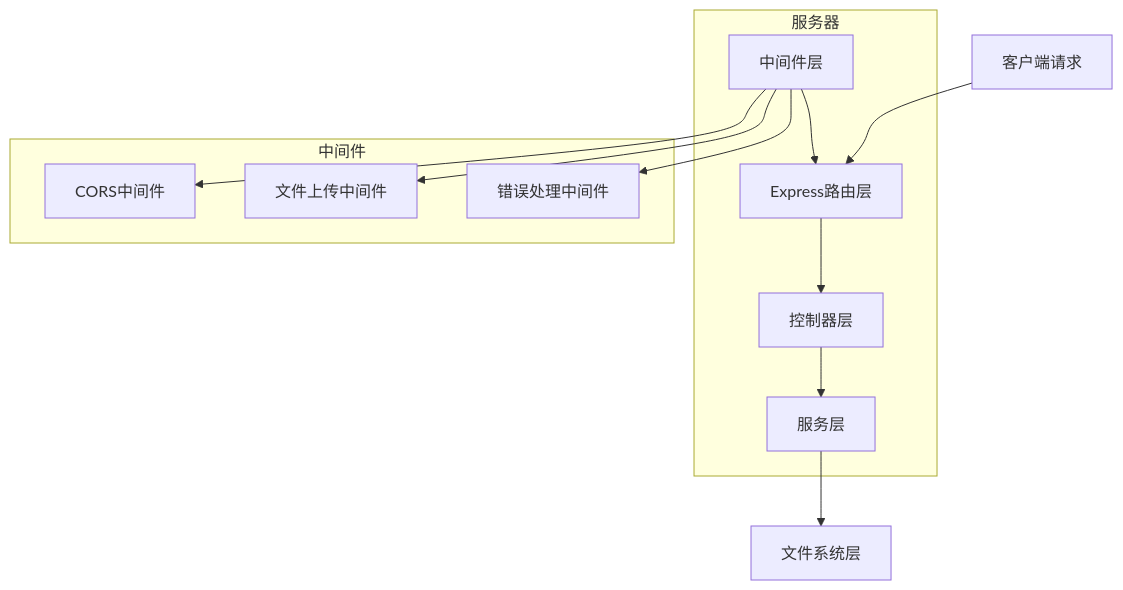
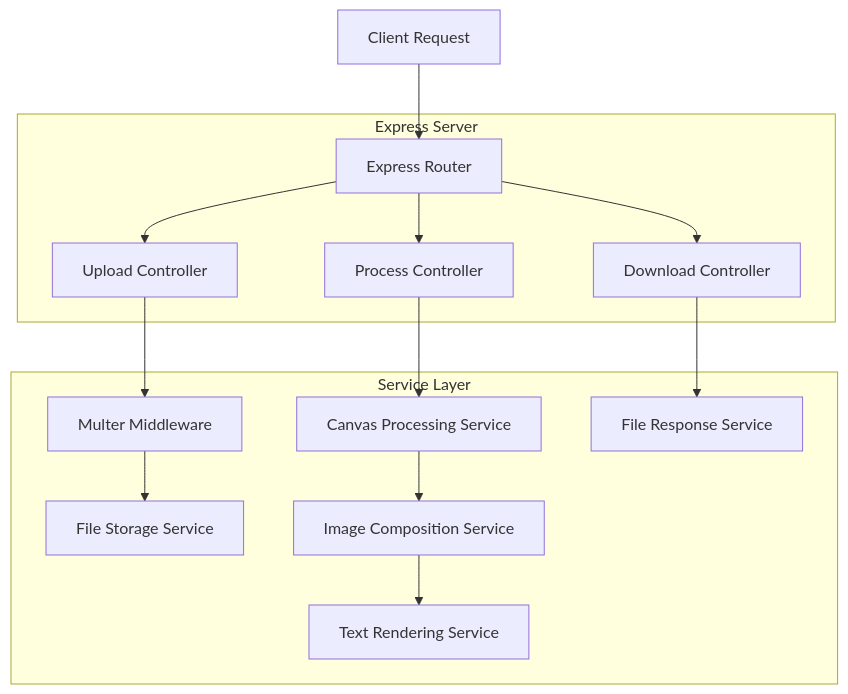
Before and after one commit to superworld213/esay-image: the second of 3 diagrams in .trae/documents/technical_architecture.md, drawn with Mermaid. The commit also changed other lines of this file and 6320 other files, not shown here.

````diff
--- a/.trae/documents/technical_architecture.md
+++ b/.trae/documents/technical_architecture.md
@@ -144,26 +127,32 @@
 ```mermaid
 graph TD
-  A[客户端请求] --> B[Express路由层]
-  B --> C[控制器层]
-  C --> D[服务层]
-  D --> E[文件系统层]
+  A[Client Request] --> B[Express Router]
+  B --> C[Upload Controller]
+  B --> D[Process Controller]
+  B --> E[Download Controller]
   
-  subgraph 服务器
+  C --> F[Multer Middleware]
+  F --> G[File Storage Service]
+  
+  D --> H[Canvas Processing Service]
+  H --> I[Image Composition Service]
+  I --> J[Text Rendering Service]
+  
+  E --> K[File Response Service]
+  
+  subgraph "Express Server"
     B
     C
     D
-    F[中间件层]
+    E
   end
   
-  F --> B
-  
-  subgraph 中间件
-    G[CORS中间件]
-    H[文件上传中间件]
-    I[错误处理中间件]
+  subgraph "Service Layer"
+    F
+    G
+    H
+    I
+    J
+    K
   end
-  
-  F --> G
-  F --> H
-  F --> I
 ```
````
